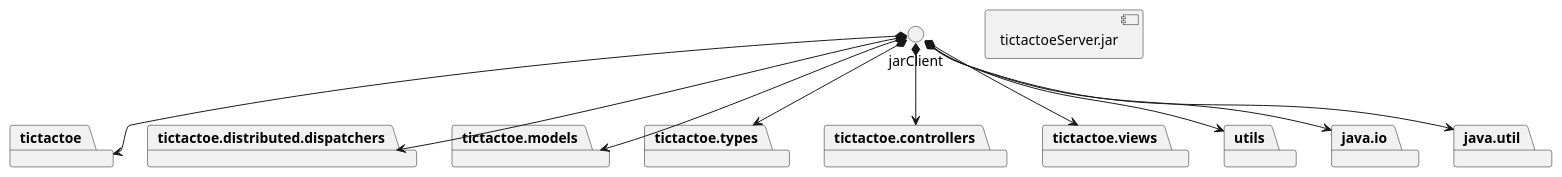
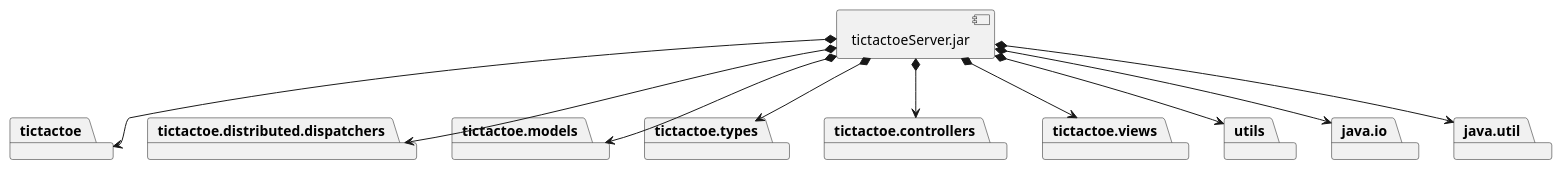
The fifth of 6 diagrams in docs/src/docs/asciidoc/index.adoc (x-USantaTecla-game-ticTacToe/java), drawn with PlantUML before and after one commit. The commit also changed 4 other files, not shown here.

```diff
--- a/docs/src/docs/asciidoc/index.adoc
+++ b/docs/src/docs/asciidoc/index.adoc
@@ -776,34 +776,34 @@
 [plantuml,diagramaImplementacionServer,svg]
 ....
 
 package "  "  as tictactoe {
 }
 package "  "  as tictactoe.distributed.dispatchers {
 }
 package "  "  as tictactoe.models {
 }
 package "  "  as tictactoe.types {
 }
 package "  "  as tictactoe.controllers {
 }
 package "  "  as tictactoe.views {
 }
 package "  "  as utils {
 }
 package "  "  as java.io {
 }
 package "  "  as java.util {
 }
 
 [tictactoeServer.jar] as jarServer
 
-jarClient *--> tictactoe
-jarClient *--> tictactoe.distributed.dispatchers
-jarClient *--> tictactoe.models
-jarClient *--> tictactoe.types
-jarClient *--> tictactoe.controllers
-jarClient *--> tictactoe.views
-jarClient *--> utils
-jarClient *--> java.io
-jarClient *--> java.util
+jarServer *--> tictactoe
+jarServer *--> tictactoe.distributed.dispatchers
+jarServer *--> tictactoe.models
+jarServer *--> tictactoe.types
+jarServer *--> tictactoe.controllers
+jarServer *--> tictactoe.views
+jarServer *--> utils
+jarServer *--> java.io
+jarServer *--> java.util
 ....
```
